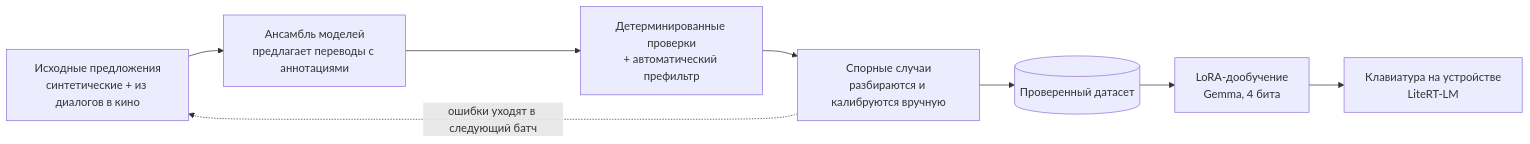
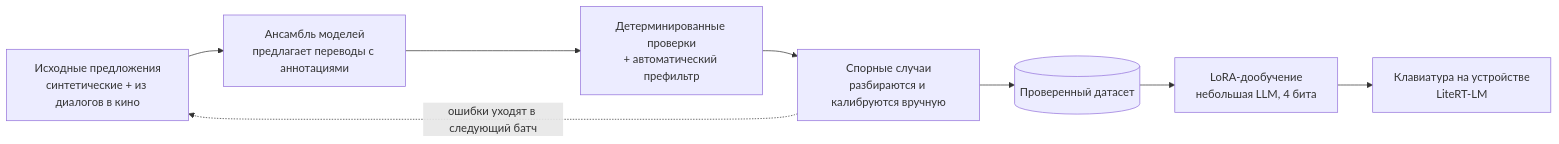
One commit to AxeyShane/podtekst changed the diagram in README.ru.md. Above: the diagram before and after it, drawn with Mermaid. The commit also changed other lines of this file and 1 other file, not shown here.

````diff
--- a/README.ru.md
+++ b/README.ru.md
@@ -54,10 +54,10 @@
 ```mermaid
 flowchart LR
     S[Исходные предложения<br/>синтетические + из диалогов в кино] --> G[Ансамбль моделей<br/>предлагает переводы с аннотациями]
     G --> C[Детерминированные проверки<br/>+ автоматический префильтр]
     C --> V[Спорные случаи<br/>разбираются и калибруются вручную]
     V --> D[(Проверенный датасет)]
     V -. ошибки уходят в следующий батч .-> S
-    D --> F[LoRA-дообучение<br/>Gemma, 4 бита]
+    D --> F[LoRA-дообучение<br/>небольшая LLM, 4 бита]
     F --> K[Клавиатура на устройстве<br/>LiteRT-LM]
 ```
````
